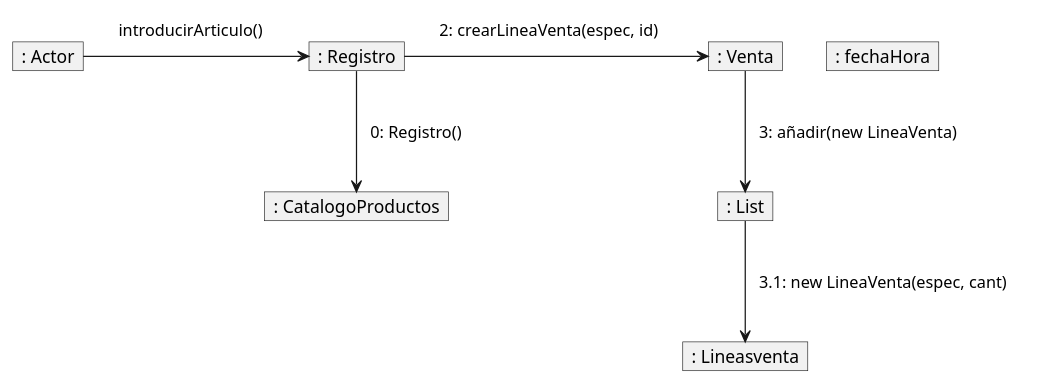
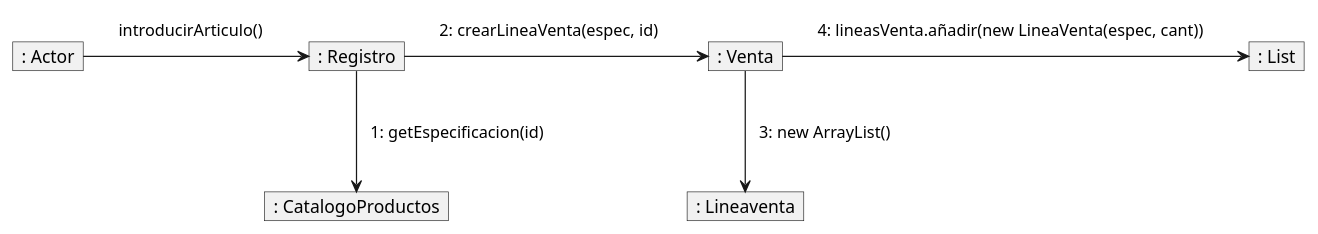
Before and after one commit to TheSProyect/IS-022023: the diagram in docs/diagrams/Colaboration.plantuml, drawn with PlantUML.

```diff
--- a/docs/diagrams/Colaboration.plantuml
+++ b/docs/diagrams/Colaboration.plantuml
@@ -1,41 +1,41 @@
 @startuml "Venta"
 
 skinparam noteBackgroundColor transparent
 skinparam noteBorderColor transparent
 hide members
 
 object ": Actor" as User
 object ": Registro" as Register
 object ": Venta" as Sale
 object ": CatalogoProductos" as Catalogue
-object ": Lineasventa" as SaleLines
+object ": Lineaventa" as SaleLine
 object ": List" as List
-object ": fechaHora" as Date
+
 
 User -r-> Register
 note on link
     introducirArticulo()
 end note
 
 Register -d-> Catalogue
 note on link
-    0: Registro()
+    1: getEspecificacion(id)
 end note
 
 
 Register -r-> Sale
 note on link
     2: crearLineaVenta(espec, id) 
 end note
 
-Sale --> List
+Sale -r-> List
 note on link
-    3: añadir(new LineaVenta)
+    4: lineasVenta.añadir(new LineaVenta(espec, cant))
 end note
 
-List --> SaleLines
+Sale --> SaleLine
 note on link
-    3.1: new LineaVenta(espec, cant)
+    3: new ArrayList()
 end note
 
 @enduml
```
